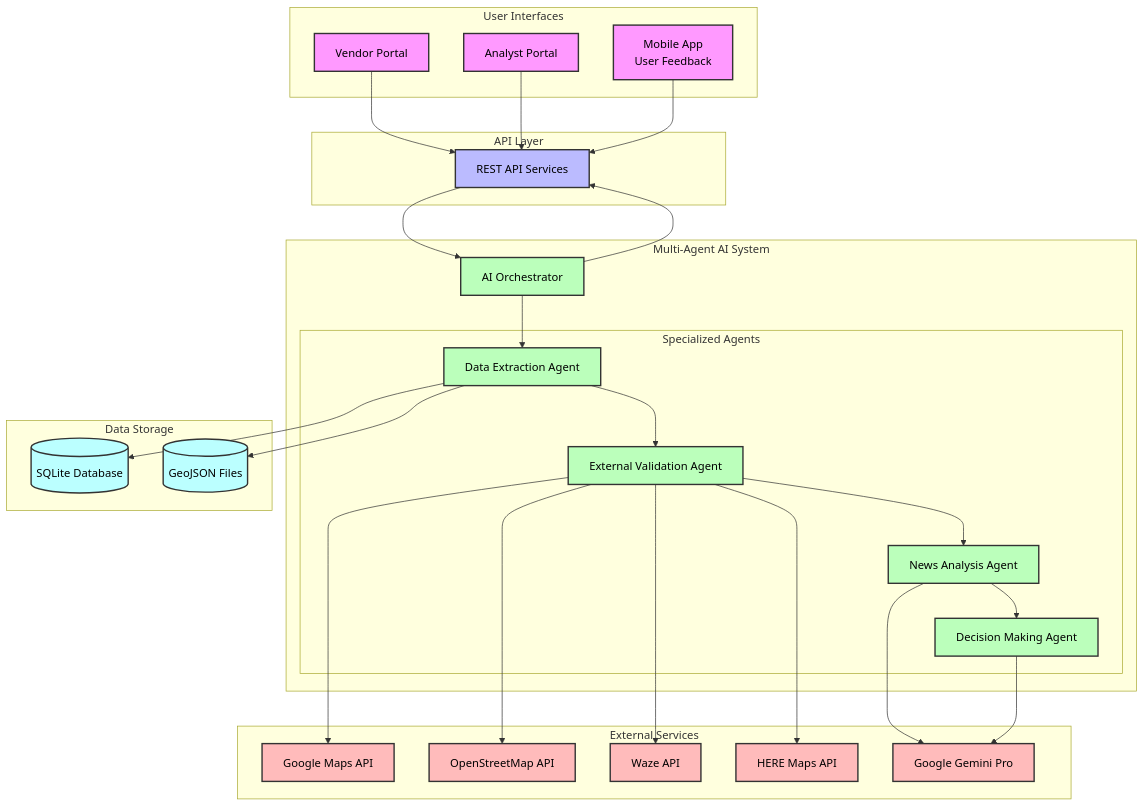
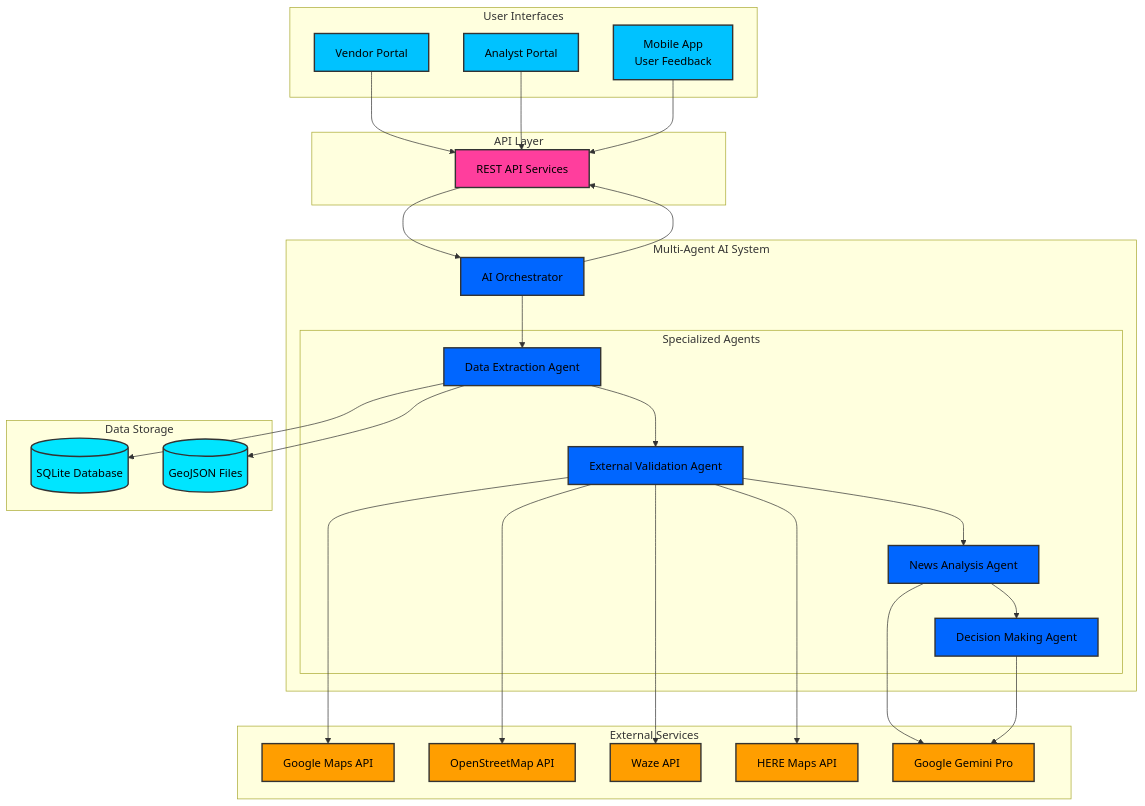
One commit to r04nx/here-hack changed the first of 4 diagrams in README.md. Above: the diagram before and after it, drawn with Mermaid. The commit also changed other lines of this file, not shown here.

````diff
--- a/README.md
+++ b/README.md
@@ -119,71 +119,71 @@
 ```mermaid
 flowchart TD
     subgraph "User Interfaces"
         VP[Vendor Portal] 
         AP[Analyst Portal]
         MA[Mobile App\nUser Feedback]
     end
     
     subgraph "API Layer"
         API[REST API Services]    
     end
     
     subgraph "Multi-Agent AI System"
         MAIS[AI Orchestrator]
         
         subgraph "Specialized Agents"
             DEA[Data Extraction Agent]
             EVA[External Validation Agent]
             NAA[News Analysis Agent]
             DMA[Decision Making Agent]
         end
         
         DEA --> EVA
         EVA --> NAA
         NAA --> DMA
     end
     
     subgraph "External Services"
         GM[Google Maps API]
         OSM[OpenStreetMap API]
         WZ[Waze API]
         HM[HERE Maps API]
         GEM[Google Gemini Pro]
     end
     
     subgraph "Data Storage"
         DB[(SQLite Database)]
         GJ[(GeoJSON Files)]
     end
     
     VP --> API
     AP --> API
     MA --> API
     
     API --> MAIS
     MAIS --> DEA
     
     DEA --> DB
     EVA --> GM
     EVA --> OSM
     EVA --> WZ
     EVA --> HM
     NAA --> GEM
     DMA --> GEM
     
     DEA --> GJ
     
     MAIS --> API
     
-    classDef interfaces fill:#f9f,stroke:#333,stroke-width:2px,color:#000
-    classDef api fill:#bbf,stroke:#333,stroke-width:2px,color:#000
-    classDef agents fill:#bfb,stroke:#333,stroke-width:2px,color:#000
-    classDef external fill:#fbb,stroke:#333,stroke-width:2px,color:#000
-    classDef storage fill:#bff,stroke:#333,stroke-width:2px,color:#000
+    classDef interfaces fill:#00c2ff,stroke:#333,stroke-width:2px,color:#000
+    classDef api fill:#ff3e9d,stroke:#333,stroke-width:2px,color:#000
+    classDef agents fill:#0066ff,stroke:#333,stroke-width:2px,color:#000
+    classDef external fill:#ff9e00,stroke:#333,stroke-width:2px,color:#000
+    classDef storage fill:#00e5ff,stroke:#333,stroke-width:2px,color:#000
     
     class VP,AP,MA interfaces
     class API api
     class DEA,EVA,NAA,DMA,MAIS agents
     class GM,OSM,WZ,HM,GEM external
     class DB,GJ storage
 ```
````
